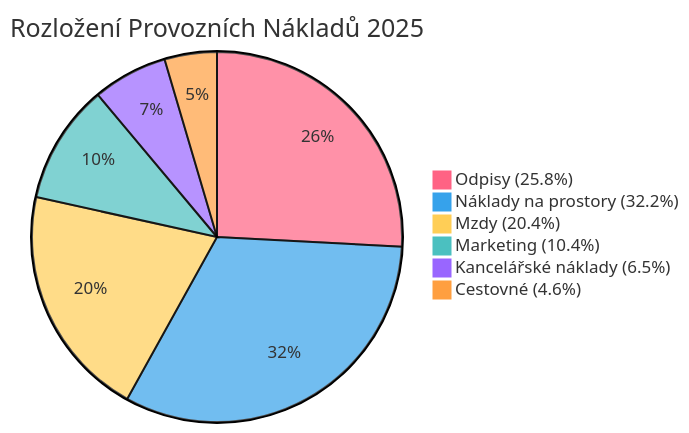
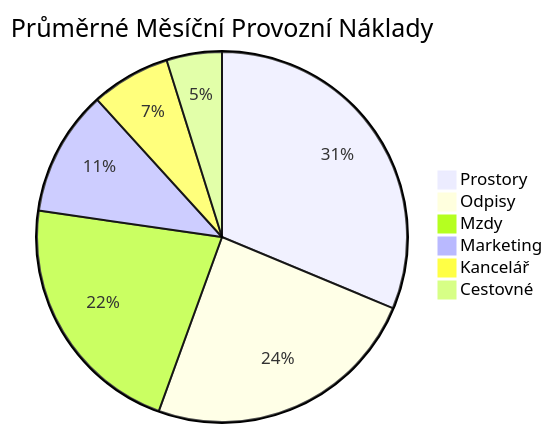
One commit to martinrysanek/PlanningAnalytics changed the fourth of 5 diagrams in output.md. Above: the diagram before and after it, drawn with Mermaid. The commit also changed other lines of this file, not shown here.

````diff
--- a/output.md
+++ b/output.md
@@ -80,10 +94,9 @@
 ```mermaid
-%%{init: {'theme':'base', 'themeVariables': { 'pie1':'#FF6384', 'pie2':'#36A2EB', 'pie3':'#FFCE56', 'pie4':'#4BC0C0', 'pie5':'#9966FF', 'pie6':'#FF9F40'}}}%%
-pie title Rozložení Provozních Nákladů 2025
-    "Odpisy (25.8%)" : 2595960
-    "Náklady na prostory (32.2%)" : 3236001
-    "Mzdy (20.4%)" : 2049966
-    "Marketing (10.4%)" : 1048182
-    "Kancelářské náklady (6.5%)" : 656196
-    "Cestovné (4.6%)" : 458808
+pie title Průměrné Měsíční Provozní Náklady
+    "Prostory" : 28.5
+    "Odpisy" : 22.1
+    "Mzdy" : 19.8
+    "Marketing" : 10.0
+    "Kancelář" : 6.3
+    "Cestovné" : 4.4
 ```
````
